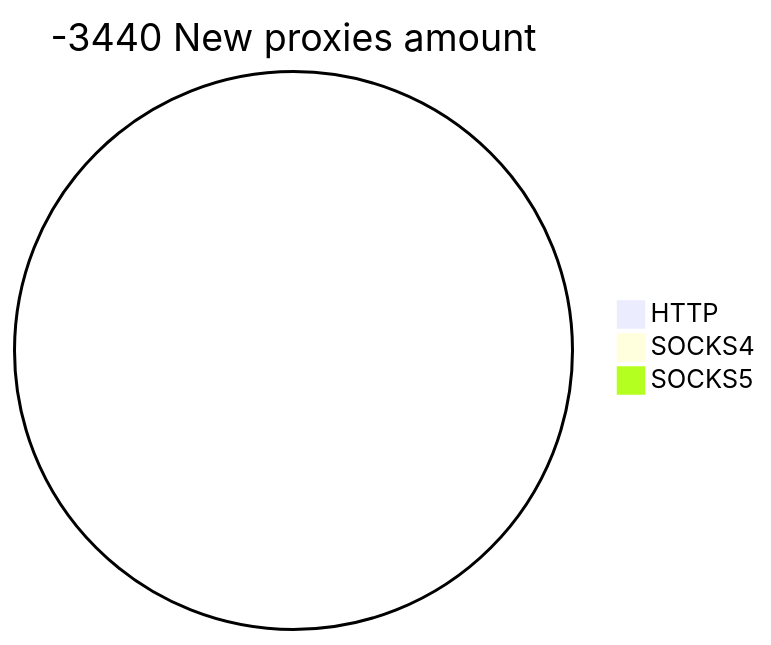
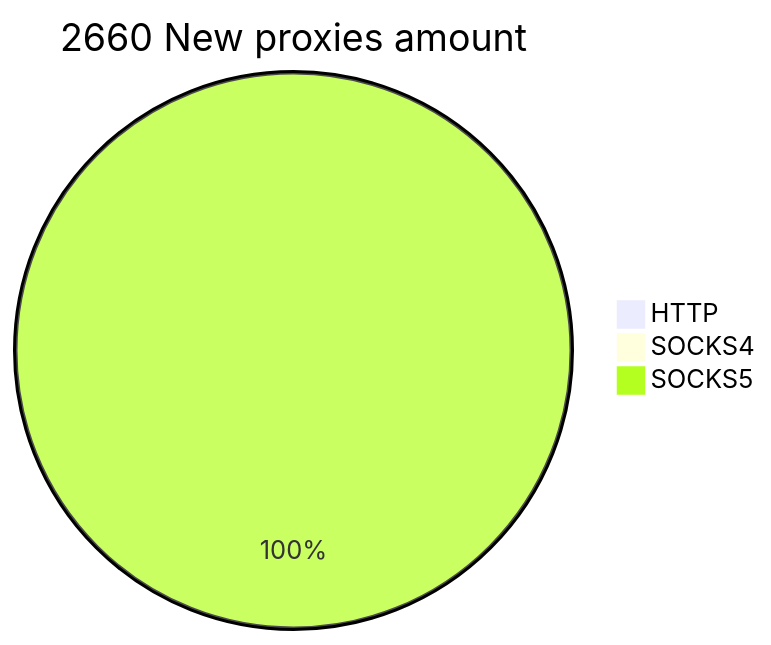
Before and after one commit to cutipu/proxylist: the second of 2 diagrams in README.md, drawn with Mermaid. The commit also changed other lines of this file, not shown here.

````diff
--- a/README.md
+++ b/README.md
@@ -10,6 +10,6 @@
 ```mermaid
-pie title -3440 New proxies amount
+pie title 2660 New proxies amount
     "HTTP" : 0
     "SOCKS4" : 0
-    "SOCKS5" : 0
+    "SOCKS5" : 2660
 ```
````
